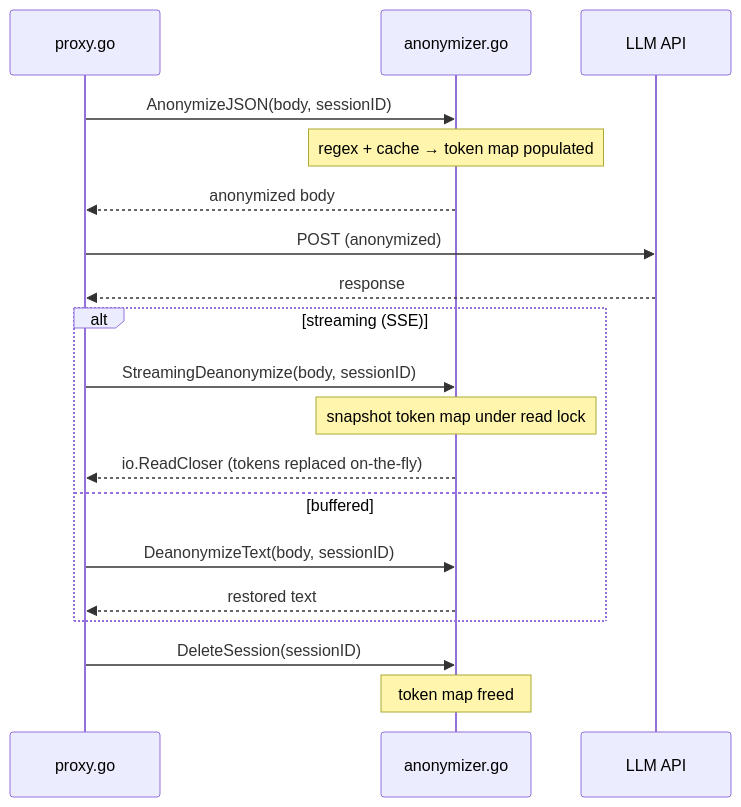
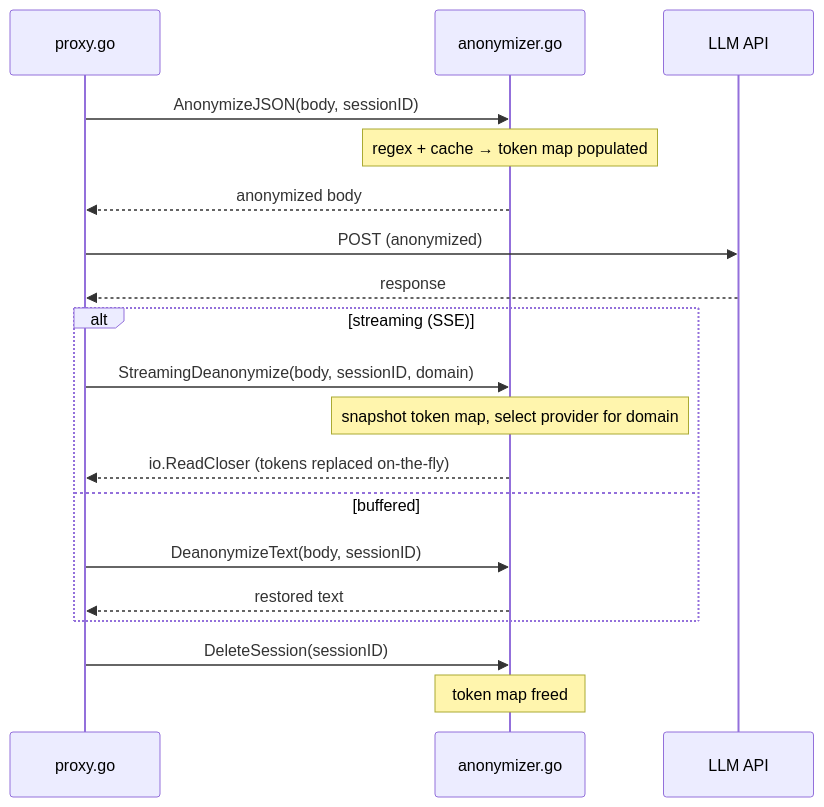
One commit to laplaque/ai-anonymizing-proxy changed the second of 2 diagrams in docs/anonymizer.md. Above: the diagram before and after it, drawn with Mermaid. The commit also changed other lines of this file and 21 other files, not shown here.

First line of the commit message:
feat(anonymizer): provider-aware streaming deanonymizer interface [closes #52] (#105)

````diff
--- a/docs/anonymizer.md
+++ b/docs/anonymizer.md
@@ -122,25 +122,25 @@
 ```mermaid
 sequenceDiagram
     participant P as proxy.go
     participant A as anonymizer.go
     participant API as LLM API
 
     P->>A: AnonymizeJSON(body, sessionID)
     Note over A: regex + cache → token map populated
     A-->>P: anonymized body
 
     P->>API: POST (anonymized)
     API-->>P: response
 
     alt streaming (SSE)
-        P->>A: StreamingDeanonymize(body, sessionID)
-        Note over A: snapshot token map under read lock
+        P->>A: StreamingDeanonymize(body, sessionID, domain)
+        Note over A: snapshot token map, select provider for domain
         A-->>P: io.ReadCloser (tokens replaced on-the-fly)
     else buffered
         P->>A: DeanonymizeText(body, sessionID)
         A-->>P: restored text
     end
 
     P->>A: DeleteSession(sessionID)
     Note over A: token map freed
 ```
````
